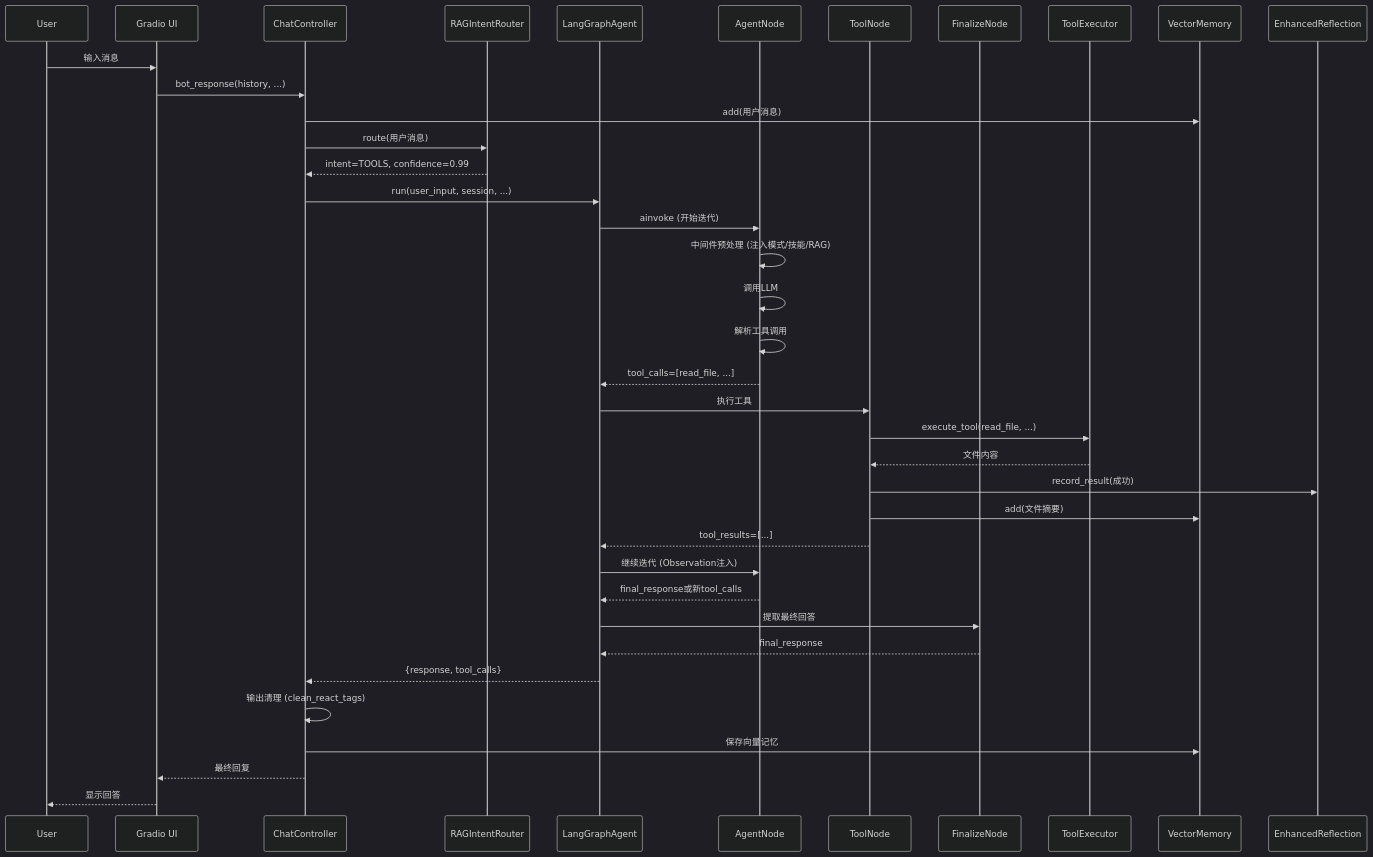
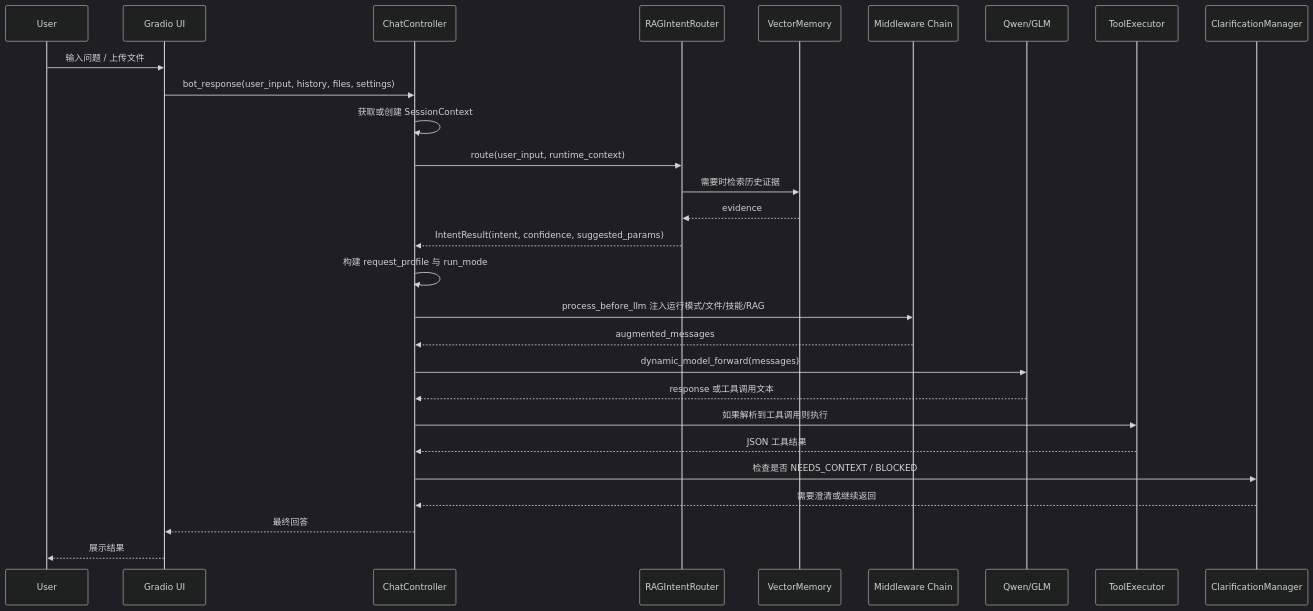
Before and after one commit to Jackzhuang123/chat-agent: the second of 2 diagrams in README.md, drawn with Mermaid (dark theme). The commit also changed other lines of this file and 28 other files, not shown here.

````diff
--- a/README.md
+++ b/README.md
@@ -97,41 +130,31 @@
 ```mermaid
 sequenceDiagram
     participant User
     participant UI as Gradio UI
     participant CC as ChatController
-    participant RTR as RAGIntentRouter
-    participant LGA as LangGraphAgent
-    participant AGN as AgentNode
-    participant TON as ToolNode
-    participant FIN as FinalizeNode
-    participant TEX as ToolExecutor
+    participant Router as RAGIntentRouter
     participant VM as VectorMemory
-    participant REF as EnhancedReflection
+    participant MW as Middleware Chain
+    participant Model as Qwen/GLM
+    participant Tool as ToolExecutor
+    participant Clarify as ClarificationManager
 
-    User->>UI: 输入消息
-    UI->>CC: bot_response(history, ...)
-    CC->>VM: add(用户消息)
-    CC->>RTR: route(用户消息)
-    RTR-->>CC: intent=TOOLS, confidence=0.99
-    CC->>LGA: run(user_input, session, ...)
-    LGA->>AGN: ainvoke (开始迭代)
-    AGN->>AGN: 中间件预处理 (注入模式/技能/RAG)
-    AGN->>AGN: 调用LLM
-    AGN->>AGN: 解析工具调用
-    AGN-->>LGA: tool_calls=[read_file, ...]
-    LGA->>TON: 执行工具
-    TON->>TEX: execute_tool(read_file, ...)
-    TEX-->>TON: 文件内容
-    TON->>REF: record_result(成功)
-    TON->>VM: add(文件摘要)
-    TON-->>LGA: tool_results=[...]
-    LGA->>AGN: 继续迭代 (Observation注入)
-    AGN-->>LGA: final_response或新tool_calls
-    LGA->>FIN: 提取最终回答
-    FIN-->>LGA: final_response
-    LGA-->>CC: {response, tool_calls}
-    CC->>CC: 输出清理 (clean_react_tags)
-    CC->>VM: 保存向量记忆
-    CC-->>UI: 最终回复
-    UI-->>User: 显示回答
+    User->>UI: 输入问题 / 上传文件
+    UI->>CC: bot_response(user_input, history, files, settings)
+    CC->>CC: 获取或创建 SessionContext
+    CC->>Router: route(user_input, runtime_context)
+    Router->>VM: 需要时检索历史证据
+    VM-->>Router: evidence
+    Router-->>CC: IntentResult(intent, confidence, suggested_params)
+    CC->>CC: 构建 request_profile 与 run_mode
+    CC->>MW: process_before_llm 注入运行模式/文件/技能/RAG
+    MW-->>CC: augmented_messages
+    CC->>Model: dynamic_model_forward(messages)
+    Model-->>CC: response 或工具调用文本
+    CC->>Tool: 如果解析到工具调用则执行
+    Tool-->>CC: JSON 工具结果
+    CC->>Clarify: 检查是否 NEEDS_CONTEXT / BLOCKED
+    Clarify-->>CC: 需要澄清或继续返回
+    CC-->>UI: 最终回答
+    UI-->>User: 展示结果
 ```
````
